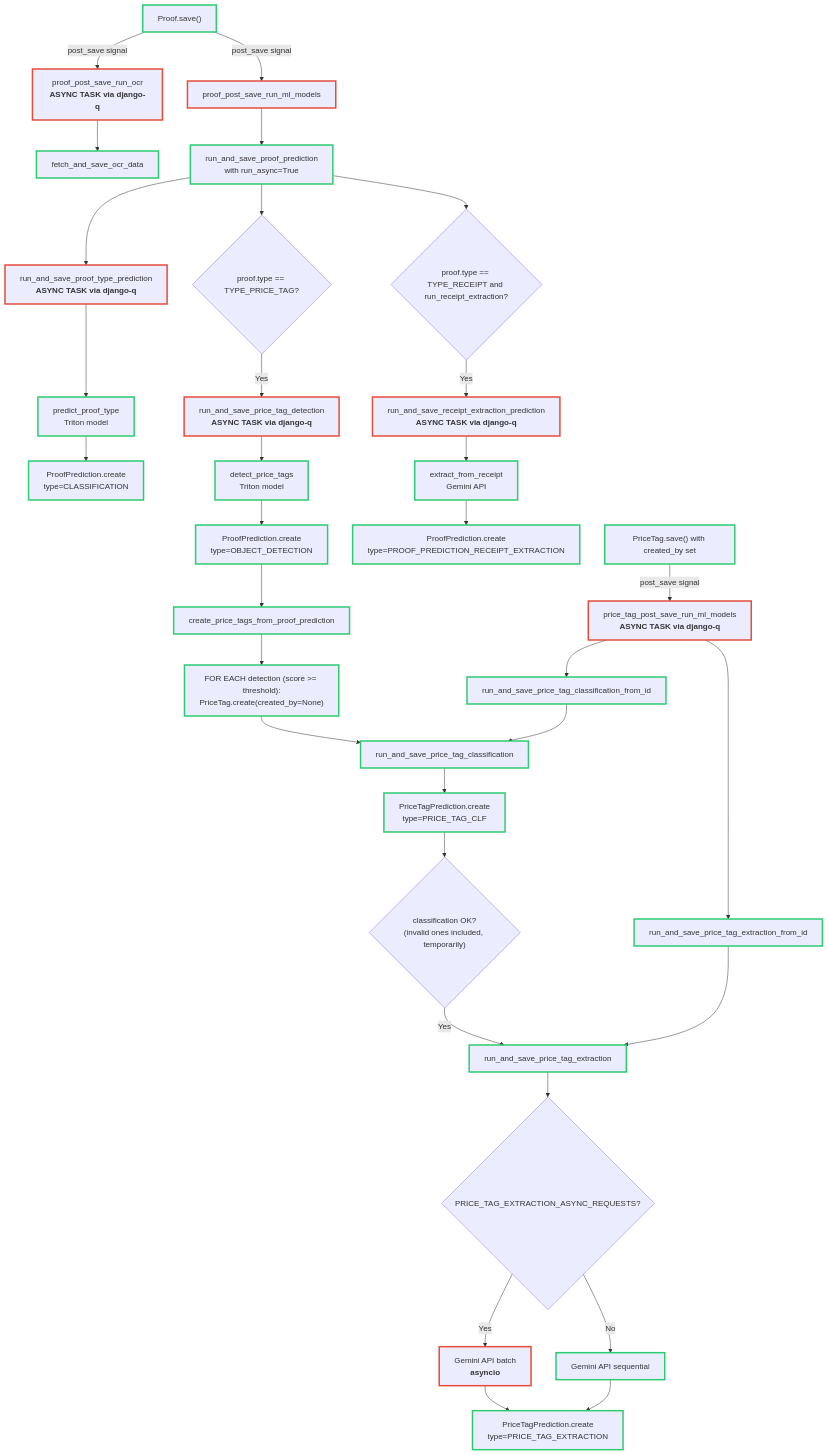
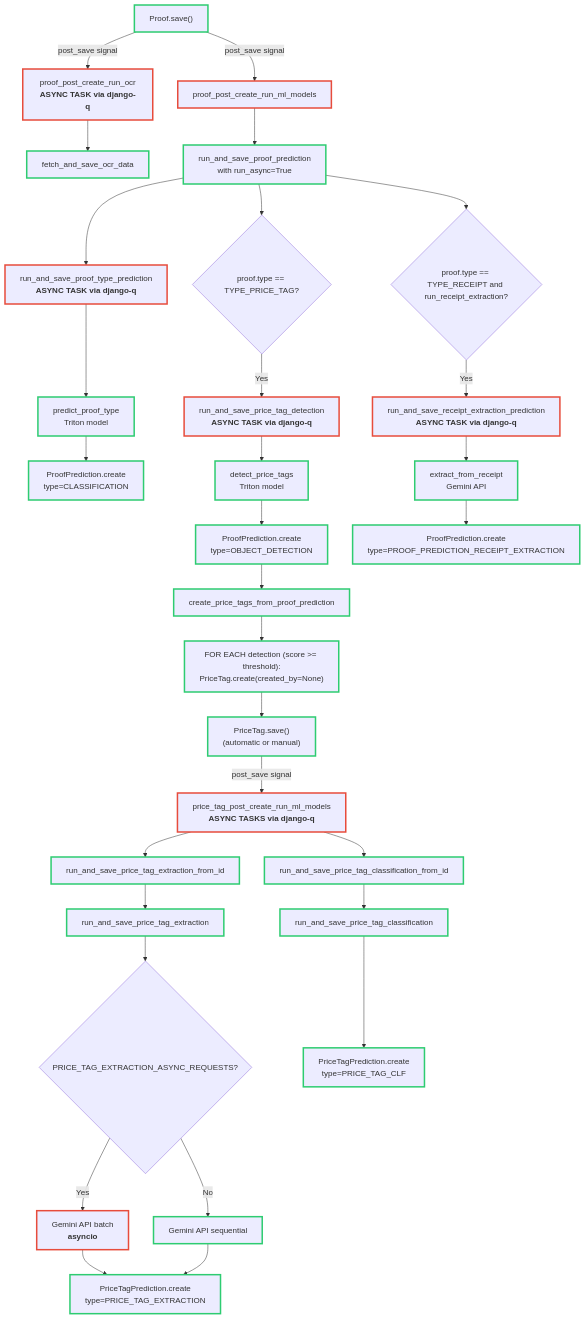
One commit to openfoodfacts/open-prices changed the diagram in docs/topics/ai/proof-prediction-flow.md. Above: the diagram before and after it, drawn with Mermaid. The commit also changed other lines of this file and 5 other files, not shown here.

Commit message:
refactor(Price Tags): ML: run in post_save instead of proof-specific code (1 async task per price tag) (#1353)

````diff
--- a/docs/topics/ai/proof-prediction-flow.md
+++ b/docs/topics/ai/proof-prediction-flow.md
@@ -7,66 +7,64 @@
 ```mermaid
 graph TD
-    A["Proof.save()"] -->|"post_save signal"| B["proof_post_save_run_ocr<br/><b>ASYNC TASK via django-q</b>"]
-    A -->|"post_save signal"| C["proof_post_save_run_ml_models"]
+    A["Proof.save()"] -->|"post_save signal"| B["proof_post_create_run_ocr<br/><b>ASYNC TASK via django-q</b>"]
+    A -->|"post_save signal"| C["proof_post_create_run_ml_models"]
 
     B --> B1["fetch_and_save_ocr_data"]
 
     C --> D["run_and_save_proof_prediction<br/>with run_async=True"]
     D --> E["run_and_save_proof_type_prediction<br/><b>ASYNC TASK via django-q</b>"]
     E --> E1["predict_proof_type<br/>Triton model"]
     E1 --> E2["ProofPrediction.create<br/>type=CLASSIFICATION"]
 
     D --> F{"proof.type == TYPE_PRICE_TAG?"}
     F -->|"Yes"| G["run_and_save_price_tag_detection<br/><b>ASYNC TASK via django-q</b>"]
     G --> G1["detect_price_tags<br/>Triton model"]
     G1 --> G2["ProofPrediction.create<br/>type=OBJECT_DETECTION"]
     G2 --> G3["create_price_tags_from_proof_prediction"]
     G3 --> G4["FOR EACH detection (score >= threshold):<br/>PriceTag.create(created_by=None)"]
-    G4 --> G5["run_and_save_price_tag_classification"]
-    G5 --> G6["PriceTagPrediction.create<br/>type=PRICE_TAG_CLF"]
-    G6 --> G7{"classification OK?<br/>(invalid ones included, temporarily)"}
-    G7 -->|"Yes"| H["run_and_save_price_tag_extraction"]
+    G4 --> K
     H --> H1{PRICE_TAG_EXTRACTION_ASYNC_REQUESTS?}
     H1 -->|"Yes"| H2["Gemini API batch<br/><b>asyncio</b>"]
     H1 -->|"No"| H3["Gemini API sequential"]
     H2 --> H4["PriceTagPrediction.create<br/>type=PRICE_TAG_EXTRACTION"]
     H3 --> H4
 
     D --> I{"proof.type == TYPE_RECEIPT and run_receipt_extraction?"}
     I -->|"Yes"| J["run_and_save_receipt_extraction_prediction<br/><b>ASYNC TASK via django-q</b>"]
     J --> J1["extract_from_receipt<br/>Gemini API"]
     J1 --> J2["ProofPrediction.create<br/>type=PROOF_PREDICTION_RECEIPT_EXTRACTION"]
 
-    K["PriceTag.save() with created_by set"] -->|"post_save signal"| L["price_tag_post_save_run_ml_models<br/><b>ASYNC TASK via django-q</b>"]
+    K["PriceTag.save()<br/>(automatic or manual)"] -->|"post_save signal"| L["price_tag_post_create_run_ml_models<br/><b>ASYNC TASKS via django-q</b>"]
     L --> L1["run_and_save_price_tag_classification_from_id"]
     L --> L2["run_and_save_price_tag_extraction_from_id"]
-    L1 --> G5
-    L2 --> H
+    L1 --> G5["run_and_save_price_tag_classification"]
+    G5 --> G6["PriceTagPrediction.create<br/>type=PRICE_TAG_CLF"]
+    L2 --> H["run_and_save_price_tag_extraction"]
 
     style A stroke:#2ecc71,stroke-width:3px
     style B stroke:#e74c3c,stroke-width:3px
     style B1 stroke:#2ecc71,stroke-width:3px
     style C stroke:#e74c3c,stroke-width:3px
     style D stroke:#2ecc71,stroke-width:3px
     style E stroke:#e74c3c,stroke-width:3px
     style E1 stroke:#2ecc71,stroke-width:3px
     style E2 stroke:#2ecc71,stroke-width:3px
     style G stroke:#e74c3c,stroke-width:3px
     style G1 stroke:#2ecc71,stroke-width:3px
     style G2 stroke:#2ecc71,stroke-width:3px
     style G3 stroke:#2ecc71,stroke-width:3px
     style G4 stroke:#2ecc71,stroke-width:3px
     style G5 stroke:#2ecc71,stroke-width:3px
     style G6 stroke:#2ecc71,stroke-width:3px
     style H stroke:#2ecc71,stroke-width:3px
     style H2 stroke:#e74c3c,stroke-width:3px
     style H3 stroke:#2ecc71,stroke-width:3px
     style H4 stroke:#2ecc71,stroke-width:3px
     style J stroke:#e74c3c,stroke-width:3px
     style J1 stroke:#2ecc71,stroke-width:3px
     style J2 stroke:#2ecc71,stroke-width:3px
     style K stroke:#2ecc71,stroke-width:3px
     style L stroke:#e74c3c,stroke-width:3px
     style L1 stroke:#2ecc71,stroke-width:3px
     style L2 stroke:#2ecc71,stroke-width:3px
 ```
````
